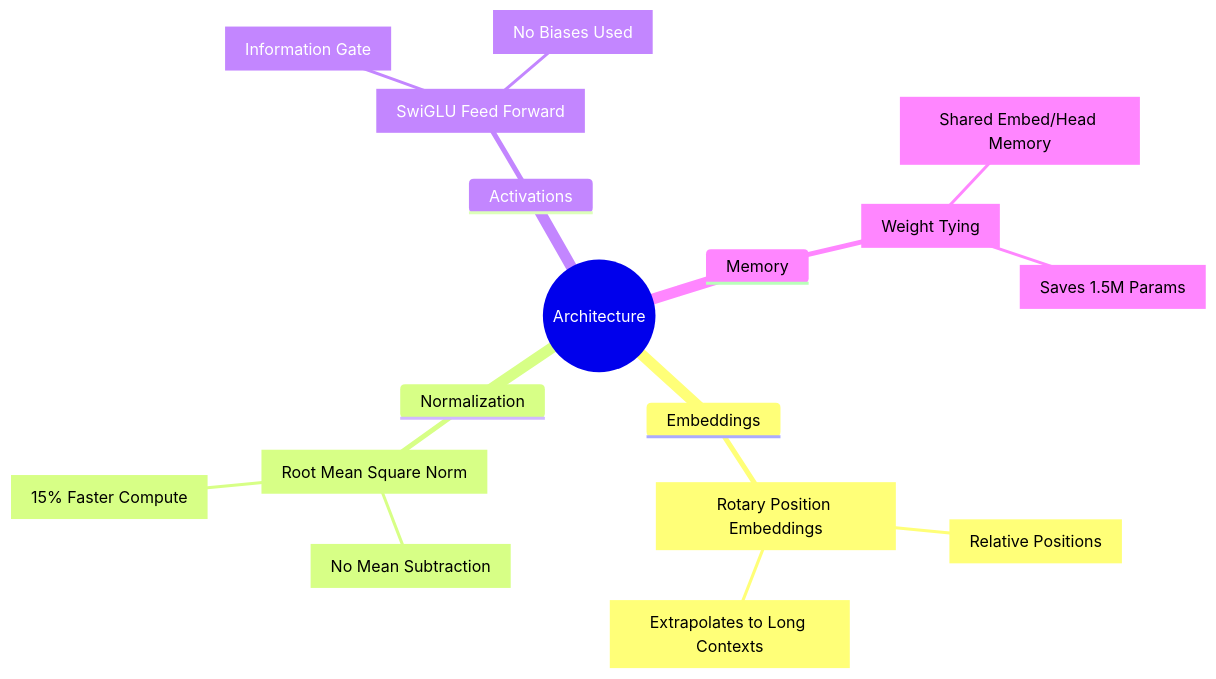
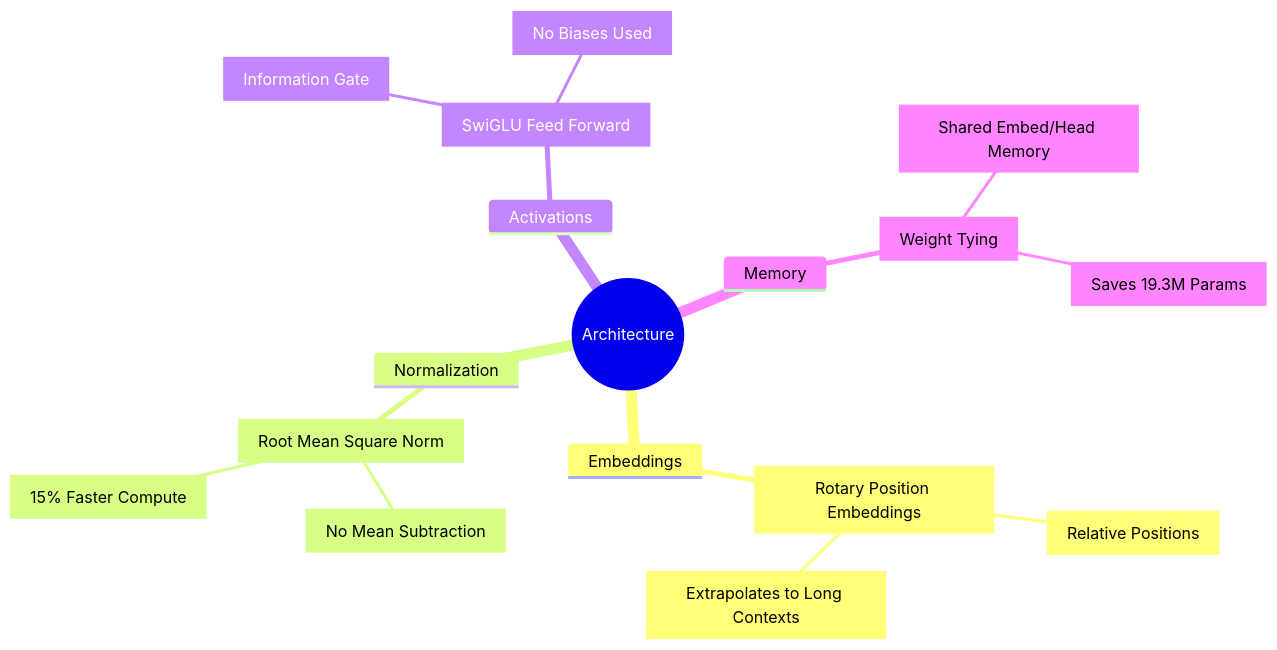
One commit to NoticedXAaryan/NanoLLM changed the first of 3 diagrams in docs/01_architecture_explained.md. Above: the diagram before and after it, drawn with Mermaid. The commit also changed other lines of this file and 16 other files, not shown here.

````diff
--- a/docs/01_architecture_explained.md
+++ b/docs/01_architecture_explained.md
@@ -11,20 +11,20 @@
 ```mermaid
 mindmap
   root((Architecture))
     Embeddings
       RoPE[Rotary Position Embeddings]
         Relative[Relative Positions]
         Extrapolate[Extrapolates to Long Contexts]
     Normalization
       RMSNorm[Root Mean Square Norm]
         No_Mean[No Mean Subtraction]
         Faster_Compute[15% Faster Compute]
     Activations
       SwiGLU[SwiGLU Feed Forward]
         Gate[Information Gate]
         No_Bias[No Biases Used]
     Memory
       Weight_Tying[Weight Tying]
         Shared[Shared Embed/Head Memory]
-        Params[Saves 1.5M Params]
+        Params[Saves 19.3M Params]
 ```
````
